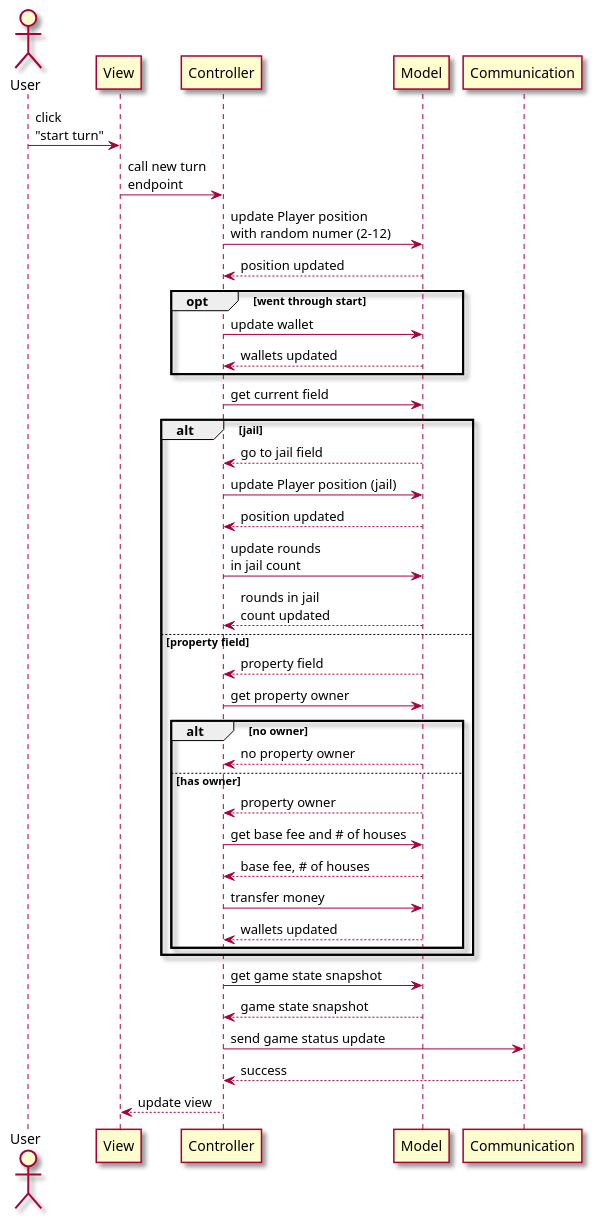
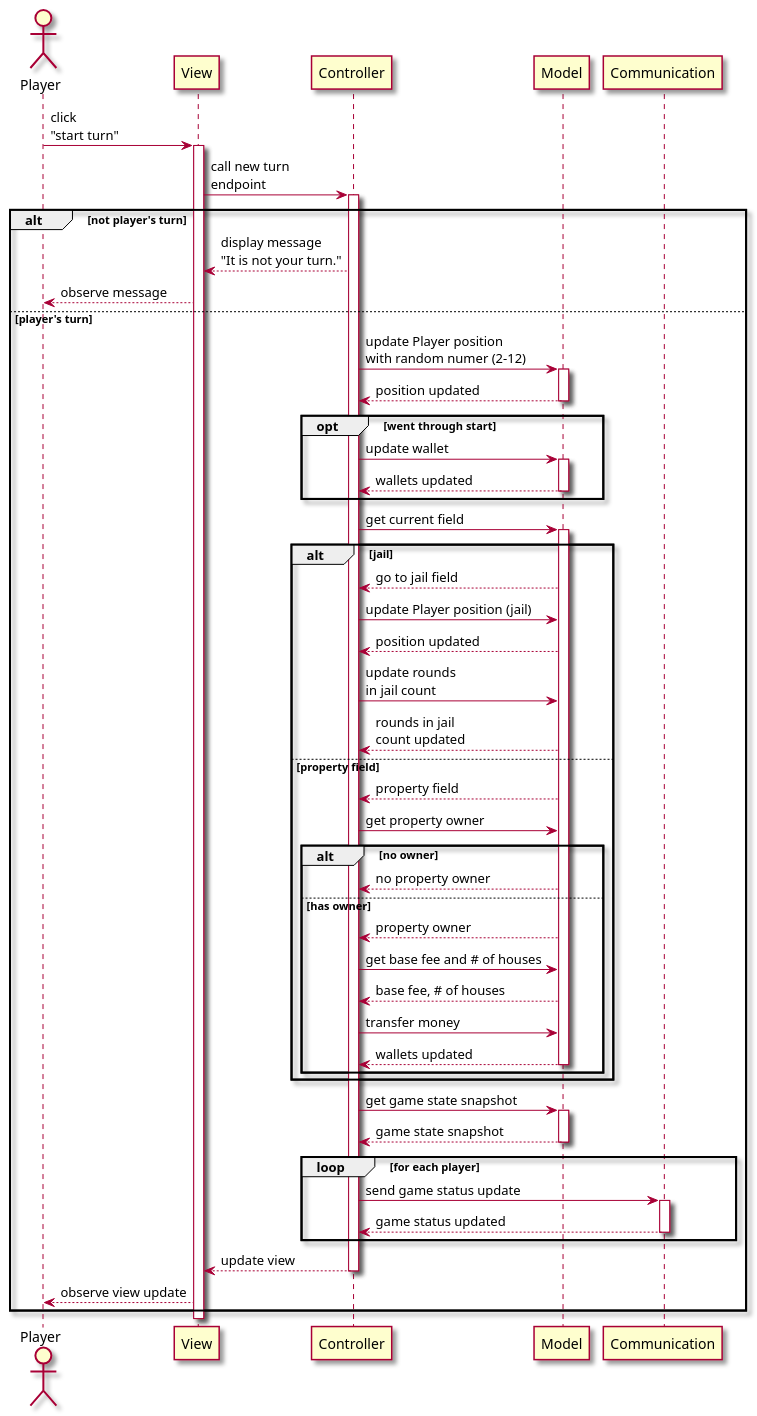
One commit to Konrad-Swiercz/Monopoly-Grupa-D changed the diagram in uml/sequence/sequence_start_turn.puml. Above: the diagram before and after it, drawn with PlantUML. The commit also changed 7 other files, not shown here.

Commit message:
finished UML sequence diagrams

```diff
--- a/uml/sequence/sequence_start_turn.puml
+++ b/uml/sequence/sequence_start_turn.puml
@@ -1,45 +1,57 @@
 @startuml
 skin rose
 
-actor User
+actor Player
 
 
-User -> View: click \n"start turn"
-View -> Controller: call new turn\nendpoint
+Player  -> View++: click \n"start turn"
+View -> Controller++: call new turn\nendpoint
+alt not player's turn
 
-Controller -> Model: update Player position\nwith random numer (2-12)
-Model --> Controller: position updated
+Controller --> View: display message\n"It is not your turn."
+View --> Player: observe message
+
+else player's turn
+
+
+Controller -> Model++: update Player position\nwith random numer (2-12)
+Model --> Controller--: position updated
 opt went through start
-Controller -> Model: update wallet
-Model --> Controller: wallets updated
+Controller -> Model++: update wallet
+Model --> Controller--: wallets updated
 end
-Controller -> Model: get current field
+Controller -> Model++: get current field
 alt jail
   Model --> Controller: go to jail field
   Controller -> Model: update Player position (jail)
   Model --> Controller: position updated
   Controller -> Model: update rounds \nin jail count
    Model --> Controller: rounds in jail \ncount updated
 else property field
   Model --> Controller: property field
   Controller -> Model: get property owner
   alt no owner
     Model --> Controller: no property owner
   else has owner
     Model --> Controller: property owner
     Controller -> Model: get base fee and # of houses
     Model --> Controller: base fee, # of houses
     Controller -> Model: transfer money
-    Model --> Controller: wallets updated
+    Model --> Controller--: wallets updated
   end
 end
 
-Controller -> Model: get game state snapshot
-Model --> Controller: game state snapshot
-Controller -> Communication: send game status update
-Communication --> Controller: success
-Controller --> View: update view
+Controller -> Model++: get game state snapshot
+Model --> Controller--: game state snapshot
+ loop for each player
+          Controller -> Communication ++: send game status update
+          Communication --> Controller--: game status updated
+        end
+Controller --> View--: update view
+View --> Player: observe view update
+
+end
 
 
 
 @enduml
```
